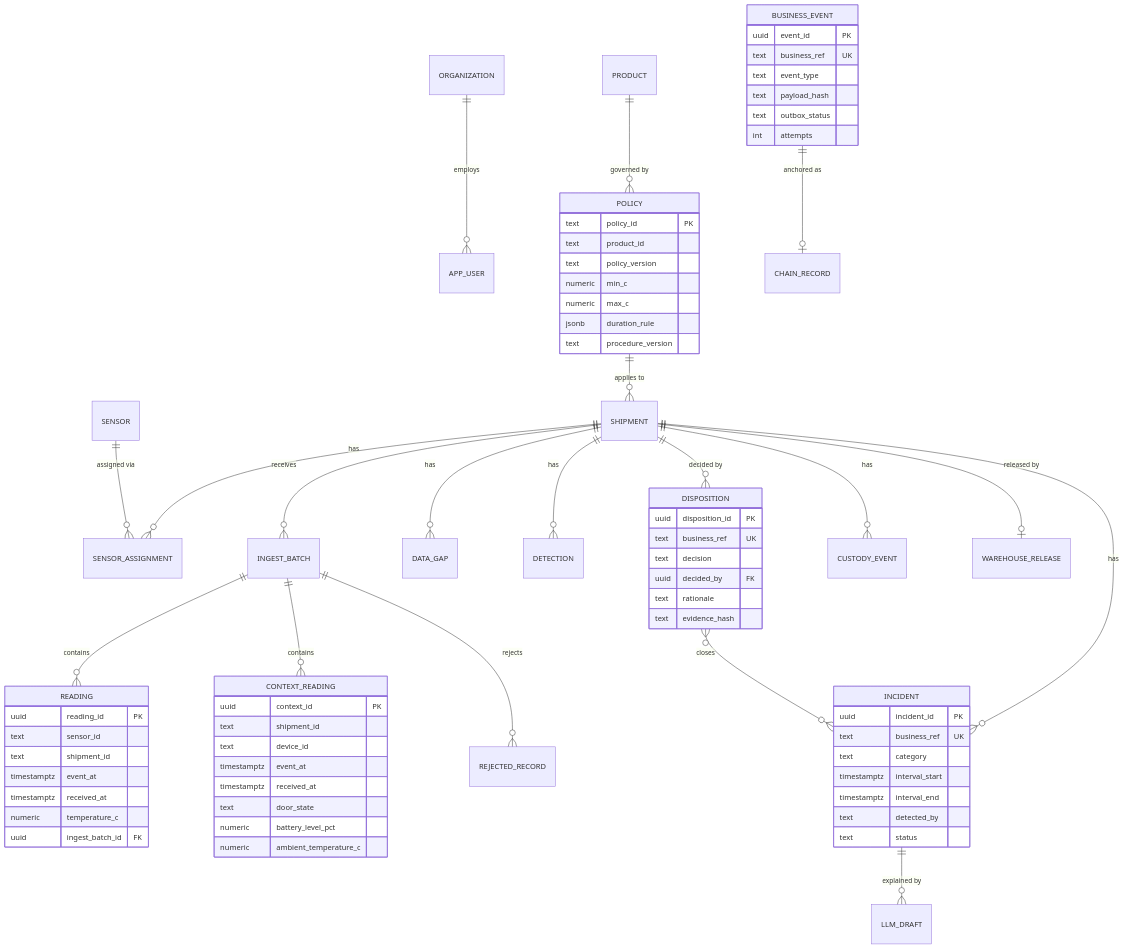
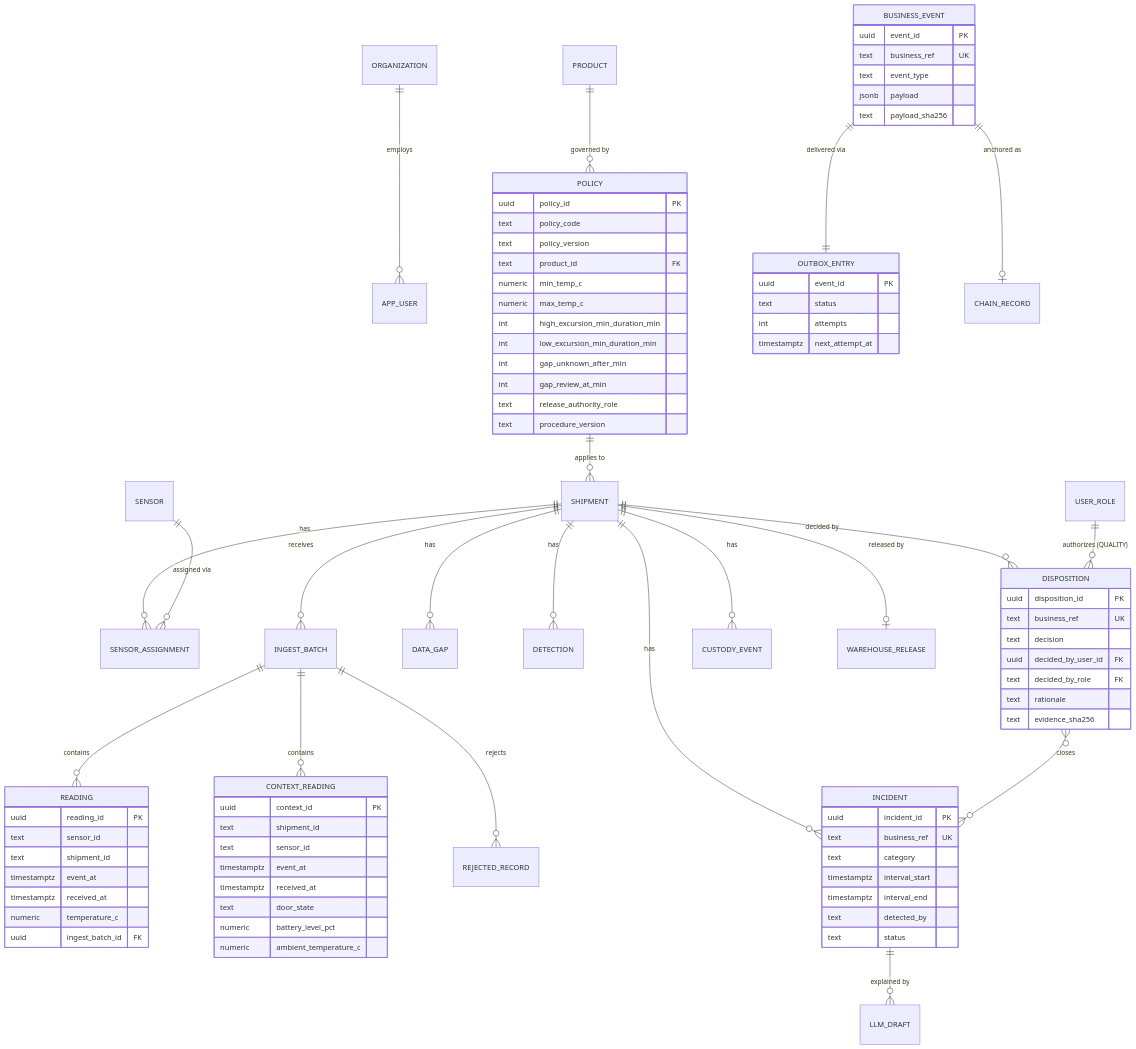
Before and after one commit to ntruonghuynh/ColdChain: the second of 7 diagrams in docs/architecture.md, drawn with Mermaid. The commit also changed other lines of this file and 4 other files, not shown here.

````diff
--- a/docs/architecture.md
+++ b/docs/architecture.md
@@ -154,7 +154,9 @@
     DISPOSITION }o--o{ INCIDENT : closes
     SHIPMENT ||--o{ CUSTODY_EVENT : has
     SHIPMENT ||--o| WAREHOUSE_RELEASE : "released by"
+    BUSINESS_EVENT ||--|| OUTBOX_ENTRY : "delivered via"
     BUSINESS_EVENT ||--o| CHAIN_RECORD : "anchored as"
+    USER_ROLE ||--o{ DISPOSITION : "authorizes (QUALITY)"
 
     READING {
         uuid reading_id PK
@@ -168,7 +170,7 @@
     CONTEXT_READING {
         uuid context_id PK
         text shipment_id
-        text device_id
+        text sensor_id
         timestamptz event_at
         timestamptz received_at
         text door_state
@@ -176,12 +178,17 @@
         numeric ambient_temperature_c
     }
     POLICY {
-        text policy_id PK
-        text product_id
+        uuid policy_id PK
+        text policy_code
         text policy_version
-        numeric min_c
-        numeric max_c
-        jsonb duration_rule
+        text product_id FK
+        numeric min_temp_c
+        numeric max_temp_c
+        int high_excursion_min_duration_min
+        int low_excursion_min_duration_min
+        int gap_unknown_after_min
+        int gap_review_at_min
+        text release_authority_role
         text procedure_version
     }
     INCIDENT {
@@ -197,16 +204,22 @@
         uuid disposition_id PK
         text business_ref UK
         text decision
-        uuid decided_by FK
+        uuid decided_by_user_id FK
+        text decided_by_role FK
         text rationale
-        text evidence_hash
+        text evidence_sha256
     }
     BUSINESS_EVENT {
         uuid event_id PK
         text business_ref UK
         text event_type
-        text payload_hash
-        text outbox_status
+        jsonb payload
+        text payload_sha256
+    }
+    OUTBOX_ENTRY {
+        uuid event_id PK
+        text status
         int attempts
+        timestamptz next_attempt_at
     }
 ```
````
